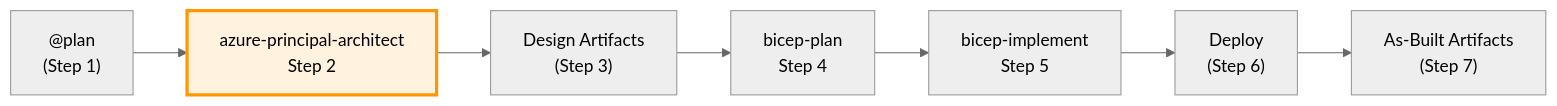
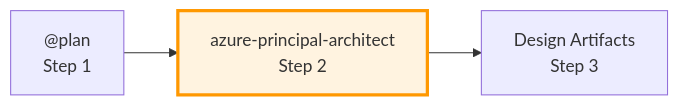
The diagram in .github/agents/azure-principal-architect.agent.md (jonathan-vella/azure-agentic-infraops), drawn with Mermaid before and after one commit. The commit also changed other lines of this file and 5 other files, not shown here.

````diff
--- a/.github/agents/azure-principal-architect.agent.md
+++ b/.github/agents/azure-principal-architect.agent.md
@@ -282,11 +79,6 @@
 ```mermaid
-%%{init: {'theme':'neutral'}}%%
 graph LR
-    P["@plan<br/>(Step 1)"] --> A[azure-principal-architect<br/>Step 2]
-    A --> D["Design Artifacts<br/>(Step 3)"]
-    D --> B[bicep-plan<br/>Step 4]
-    B --> I[bicep-implement<br/>Step 5]
-    I --> DEP["Deploy<br/>(Step 6)"]
-    DEP --> F["As-Built Artifacts<br/>(Step 7)"]
+    P["@plan<br/>Step 1"] --> A[azure-principal-architect<br/>Step 2]
+    A --> D["Design Artifacts<br/>Step 3"]
     style A fill:#fff3e0,stroke:#ff9800,stroke-width:3px
 ```
````
